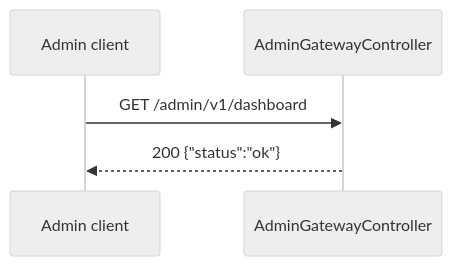
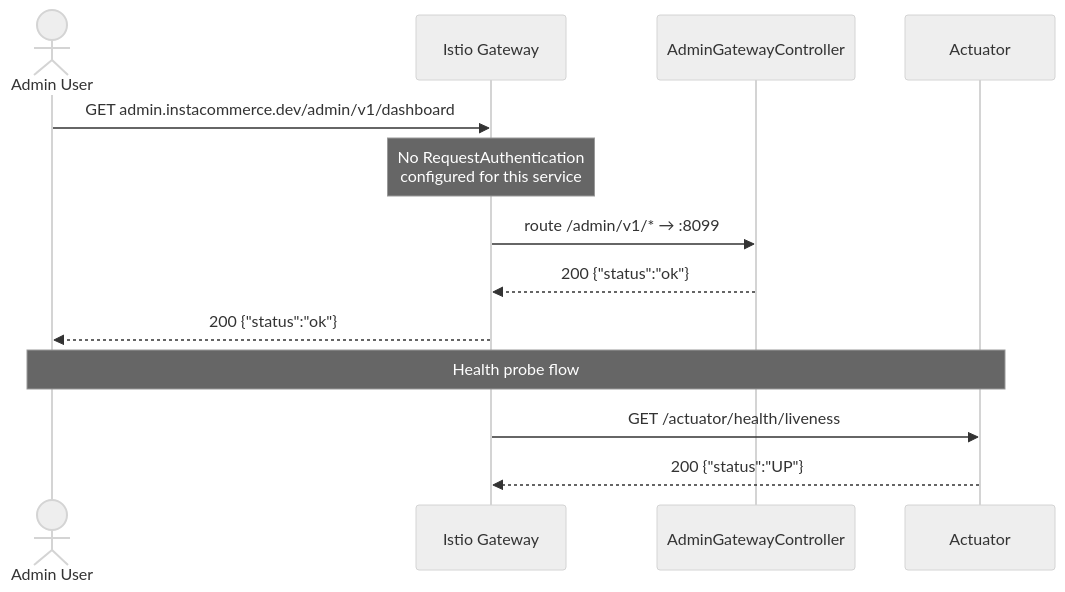
The fourth of 4 diagrams in services/admin-gateway-service/README.md (sunitakeazycommerz-a11y/InstaCommerce), drawn with Mermaid (neutral theme) before and after one commit. The commit also changed other lines of this file and 554 other files, not shown here.

````diff
--- a/services/admin-gateway-service/README.md
+++ b/services/admin-gateway-service/README.md
@@ -53,8 +179,17 @@
 ```mermaid
 sequenceDiagram
-    participant Client as Admin client
-    participant Gateway as AdminGatewayController
+    actor Admin as Admin User
+    participant Istio as Istio Gateway
+    participant AGW as AdminGatewayController
+    participant Act as Actuator
 
-    Client->>Gateway: GET /admin/v1/dashboard
-    Gateway-->>Client: 200 {"status":"ok"}
+    Admin->>Istio: GET admin.instacommerce.dev/admin/v1/dashboard
+    Note over Istio: No RequestAuthentication<br/>configured for this service
+    Istio->>AGW: route /admin/v1/* → :8099
+    AGW-->>Istio: 200 {"status":"ok"}
+    Istio-->>Admin: 200 {"status":"ok"}
+
+    Note over Admin,Act: Health probe flow
+    Istio->>Act: GET /actuator/health/liveness
+    Act-->>Istio: 200 {"status":"UP"}
 ```
````
